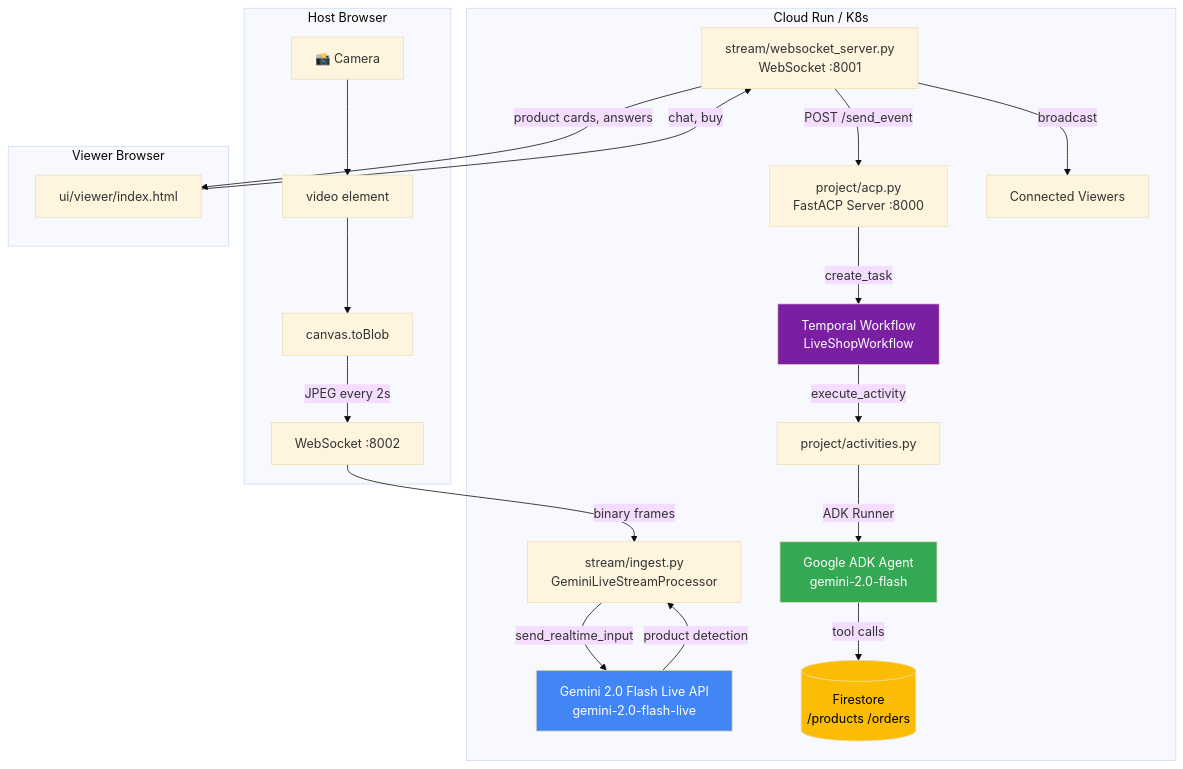
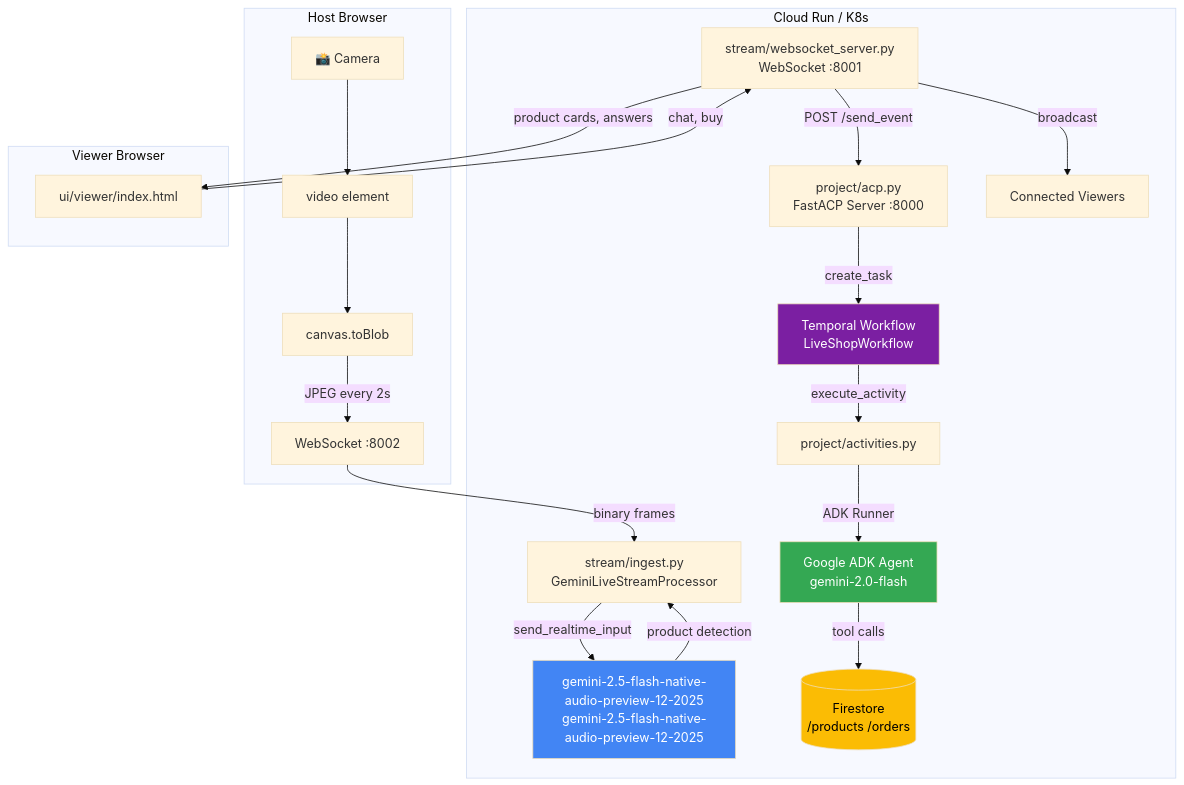
Before and after one commit to Eslamanwar/live-sell: the first of 3 diagrams in README.md, drawn with Mermaid (base theme). The commit also changed other lines of this file, not shown here.

````diff
--- a/README.md
+++ b/README.md
@@ -7,33 +7,33 @@
 ```mermaid
 graph TB
     subgraph "Host Browser"
         CAM[📸 Camera] --> VIDEO[video element]
         VIDEO --> CANVAS[canvas.toBlob]
         CANVAS -->|JPEG every 2s| WS_INGEST[WebSocket :8002]
     end
 
     subgraph "Cloud Run / K8s"
         WS_INGEST -->|binary frames| INGEST[stream/ingest.py<br/>GeminiLiveStreamProcessor]
-        INGEST -->|send_realtime_input| GEMINI_LIVE[Gemini 2.0 Flash Live API<br/>gemini-2.0-flash-live]
+        INGEST -->|send_realtime_input| GEMINI_LIVE[gemini-2.5-flash-native-audio-preview-12-2025<br/>gemini-2.5-flash-native-audio-preview-12-2025]
         GEMINI_LIVE -->|product detection| INGEST
 
         ACP[project/acp.py<br/>FastACP Server :8000] -->|create_task| TEMPORAL[Temporal Workflow<br/>LiveShopWorkflow]
 
         TEMPORAL -->|execute_activity| ACTIVITIES[project/activities.py]
         ACTIVITIES -->|ADK Runner| ADK_AGENT[Google ADK Agent<br/>gemini-2.0-flash]
         ADK_AGENT -->|tool calls| FIRESTORE[(Firestore<br/>/products /orders)]
 
         WS_VIEWER[stream/websocket_server.py<br/>WebSocket :8001] -->|POST /send_event| ACP
         WS_VIEWER -->|broadcast| VIEWERS[Connected Viewers]
     end
 
     subgraph "Viewer Browser"
         VIEWER_UI[ui/viewer/index.html] -->|chat, buy| WS_VIEWER
         WS_VIEWER -->|product cards, answers| VIEWER_UI
     end
 
     style GEMINI_LIVE fill:#4285F4,color:#fff
     style ADK_AGENT fill:#34A853,color:#fff
     style FIRESTORE fill:#FBBC04,color:#000
     style TEMPORAL fill:#7B1FA2,color:#fff
 ```
````
